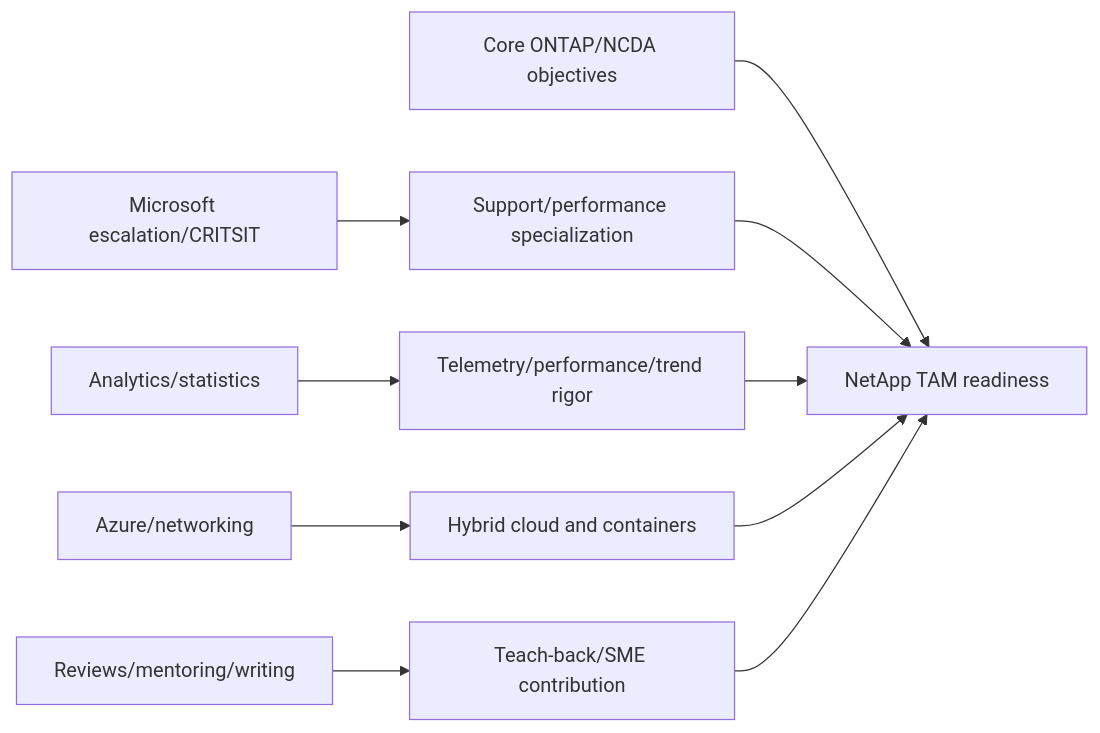
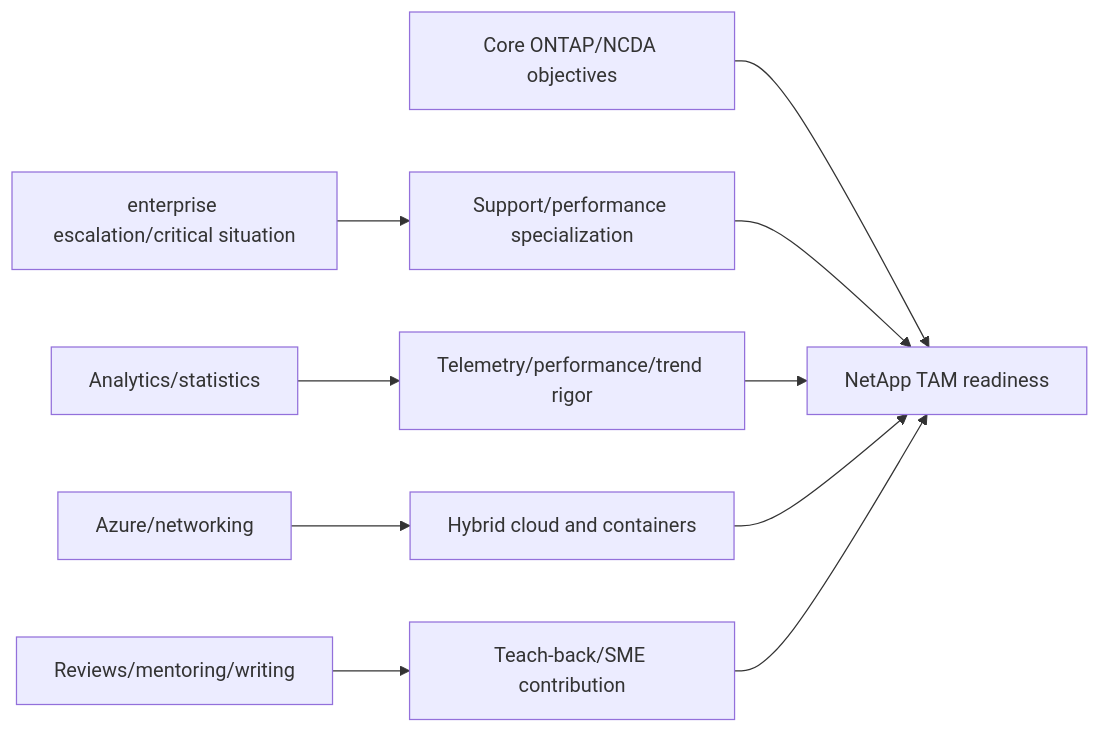
One commit to hichauhan-in/Interview-Prep changed diagram 32 of 32 in NetApp TAM/prep/Part-94-ncda-specialization-standards-trends.md. Above: the diagram before and after it, drawn with Mermaid. The commit also changed other lines of this file and 493 other files, not shown here.

````diff
--- a/NetApp TAM/prep/Part-94-ncda-specialization-standards-trends.md
+++ b/NetApp TAM/prep/Part-94-ncda-specialization-standards-trends.md
@@ -596,12 +596,12 @@
 ```mermaid
 flowchart LR
-    SUPPORT[Microsoft escalation/CRITSIT] --> SPEC[Support/performance specialization]
+    SUPPORT[enterprise escalation/critical situation] --> SPEC[Support/performance specialization]
     ANALYTICS[Analytics/statistics] --> AIOPS[Telemetry/performance/trend rigor]
     AZ[Azure/networking] --> HYBRID[Hybrid cloud and containers]
     COMM[Reviews/mentoring/writing] --> CONTRIB[Teach-back/SME contribution]
     CORE[Core ONTAP/NCDA objectives] --> ROLE[NetApp TAM readiness]
     SPEC --> ROLE
     AIOPS --> ROLE
     HYBRID --> ROLE
     CONTRIB --> ROLE
 ```
````
